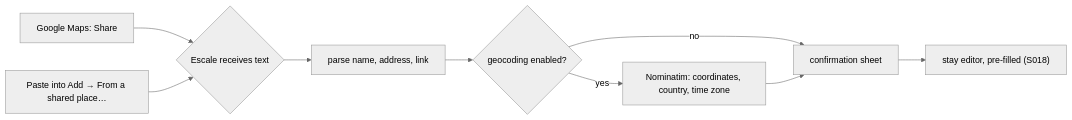
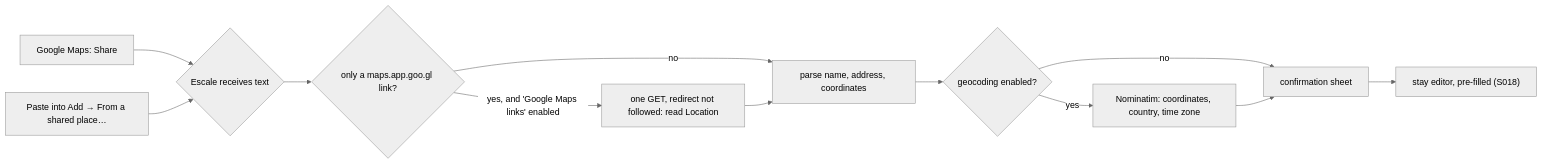
Before and after one commit to jaegerbobomb/escale: the diagram in stories/S019-import-place-shared-from-google-maps.md, drawn with Mermaid (neutral theme). The commit also changed other lines of this file and 1 other file, not shown here.

First line of the commit message:
docs(S019): resolve Google's short link with one opt-in request

````diff
--- a/stories/S019-import-place-shared-from-google-maps.md
+++ b/stories/S019-import-place-shared-from-google-maps.md
@@ -19,11 +19,14 @@
 ```mermaid
 flowchart LR
     S["Google Maps: Share"] --> R{"Escale receives text"}
     P["Paste into Add → From a shared place…"] --> R
-    R --> X["parse name, address, link"]
+    R --> L{"only a maps.app.goo.gl link?"}
+    L -- "yes, and 'Google Maps links' enabled" --> H["one GET, redirect not followed: read Location"]
+    L -- no --> X
+    H --> X["parse name, address, coordinates"]
     X --> G{"geocoding enabled?"}
     G -- yes --> N["Nominatim: coordinates, country, time zone"]
     G -- no --> C
     N --> C["confirmation sheet"]
     C --> E["stay editor, pre-filled (S018)"]
 ```
````
